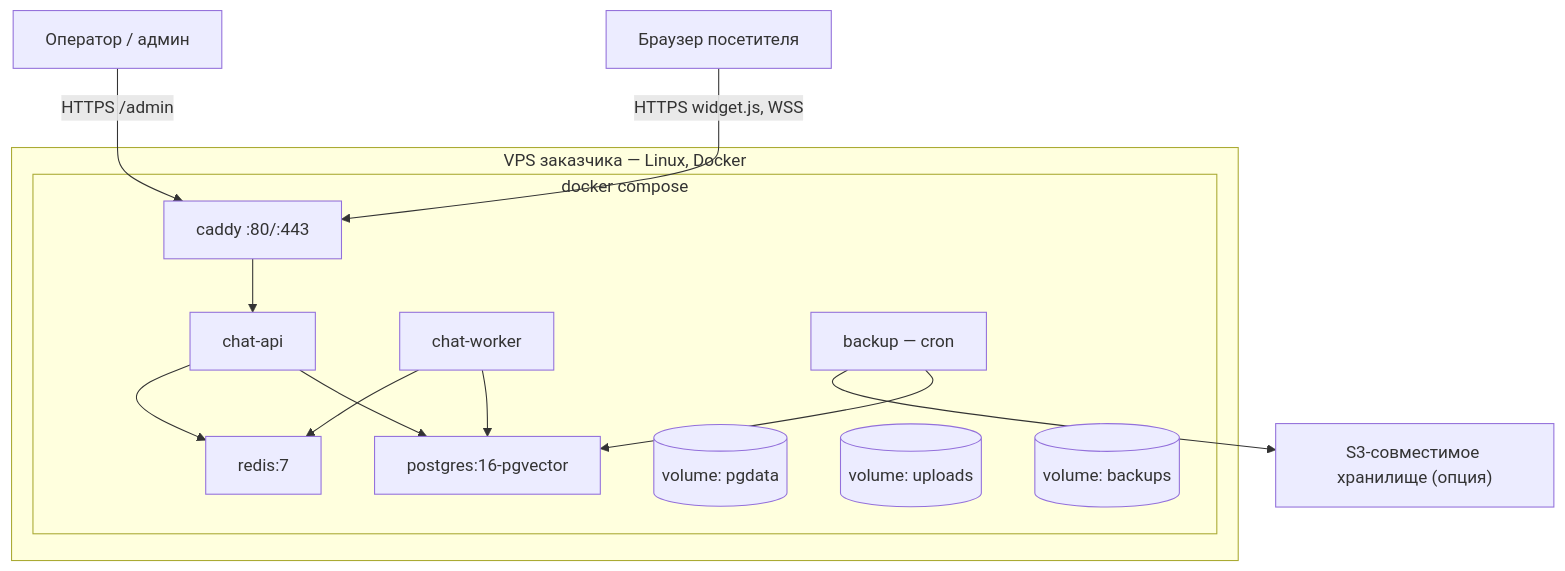
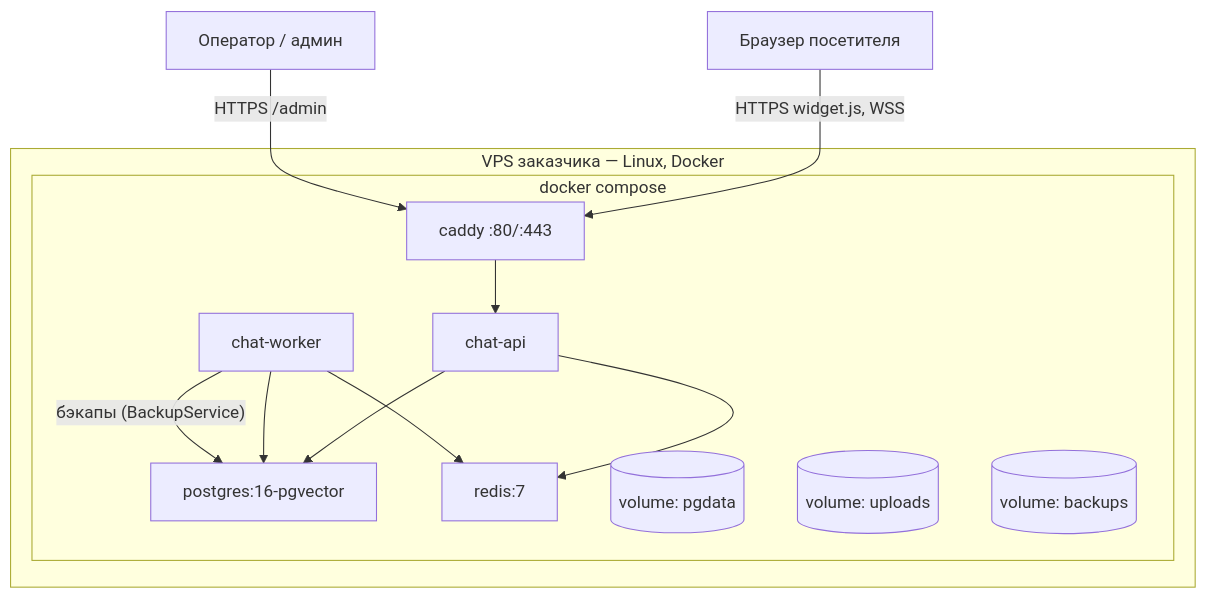
One commit to Nonaqe/test_llm changed the diagram in docs/16_DEPLOYMENT.md. Above: the diagram before and after it, drawn with Mermaid. The commit also changed other lines of this file and 2 other files, not shown here.

Commit message:
docs: Ф7 в DOC-031 (IR-050..053, D-16/D-17), DOC-016 — worker-бэкапы вместо контейнера

````diff
--- a/docs/16_DEPLOYMENT.md
+++ b/docs/16_DEPLOYMENT.md
@@ -43,25 +43,23 @@
 ```mermaid
 flowchart TB
     subgraph HOST["VPS заказчика — Linux, Docker"]
         subgraph DC["docker compose"]
             CADDY["caddy :80/:443"]
             APP["chat-api"]
             WORKER["chat-worker"]
             PG["postgres:16-pgvector"]
             REDIS["redis:7"]
-            BK["backup — cron"]
             V1[("volume: pgdata")]
             V2[("volume: uploads")]
             V3[("volume: backups")]
         end
     end
     BROWSER["Браузер посетителя"] -->|"HTTPS widget.js, WSS"| CADDY
     ADMINU["Оператор / админ"] -->|"HTTPS /admin"| CADDY
     CADDY --> APP
     APP --> PG
     APP --> REDIS
     WORKER --> PG
     WORKER --> REDIS
-    BK --> PG
-    BK --> S3["S3-совместимое хранилище (опция)"]
+    WORKER -->|"бэкапы (BackupService)"| PG
 ```
````
